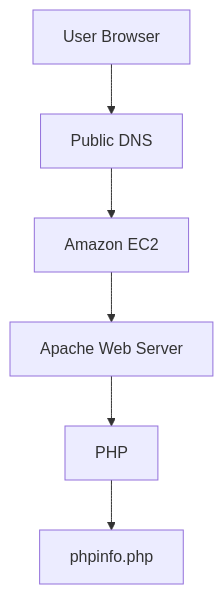
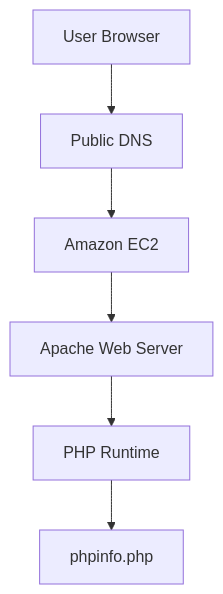
The diagram in README.md (MLAW-223/aws-ec2-web-server-project), drawn with Mermaid before and after one commit. The commit also changed other lines of this file, not shown here.

````diff
--- a/README.md
+++ b/README.md
@@ -41,14 +35,14 @@
 ```mermaid
 flowchart TD
 
 A[User Browser]
 --> B[Public DNS]
 
 B --> C[Amazon EC2]
 
 C --> D[Apache Web Server]
 
-D --> E[PHP]
+D --> E[PHP Runtime]
 
 E --> F[phpinfo.php]
 ```
````
